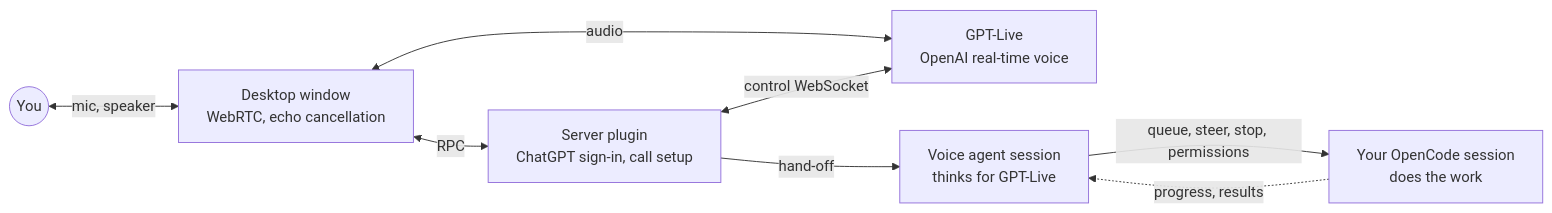
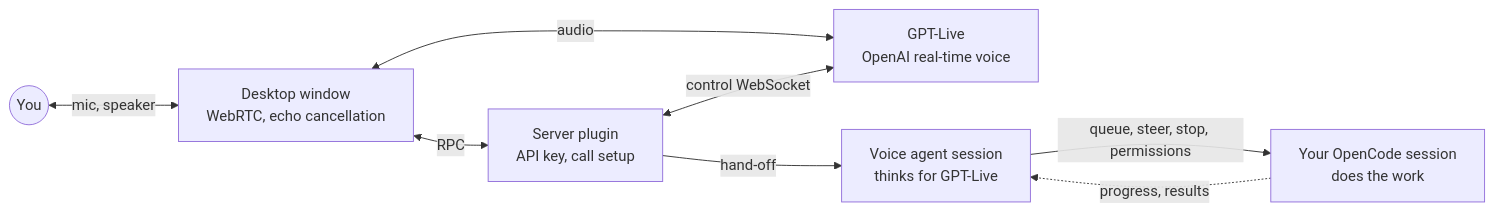
The diagram in README.md (devagrawal09/opencode-live), drawn with Mermaid before and after one commit. The commit also changed other lines of this file and 18 other files, not shown here.

First line of the commit message:
feat!: OpenAI API key mode, now the default

````diff
--- a/README.md
+++ b/README.md
@@ -150,10 +172,10 @@
 ```mermaid
 flowchart LR
   you((You)) <-->|mic, speaker| window["Desktop window<br/>WebRTC, echo cancellation"]
   window <-->|audio| live["GPT-Live<br/>OpenAI real-time voice"]
-  window <-->|RPC| server["Server plugin<br/>ChatGPT sign-in, call setup"]
+  window <-->|RPC| server["Server plugin<br/>API key, call setup"]
   server <-->|control WebSocket| live
   server -->|hand-off| voice["Voice agent session<br/>thinks for GPT-Live"]
   voice -->|queue, steer, stop, permissions| main["Your OpenCode session<br/>does the work"]
   main -.->|progress, results| voice
 ```
````
